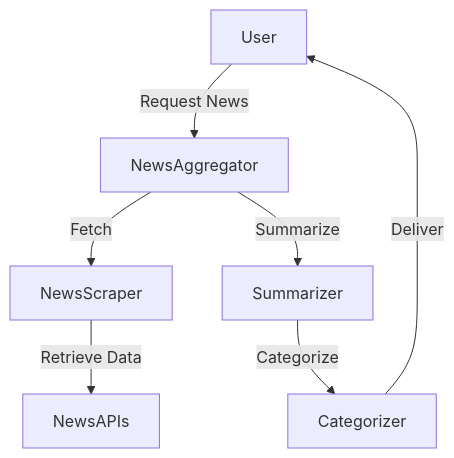
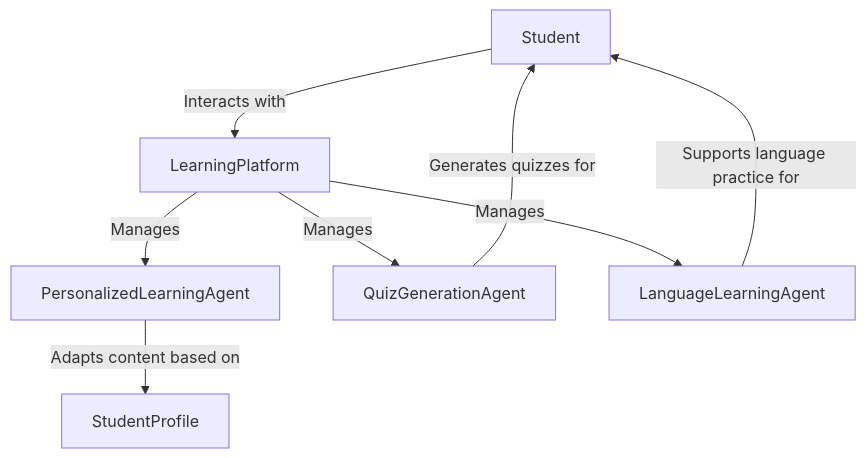
The second of 3 diagrams in Chapter 7 Practical Tutorials.md (FrugalX/ai_agents_ebook_draft), drawn with Mermaid before and after one commit. The commit also changed other lines of this file and 1 other file, not shown here.

````diff
--- a/Chapter 7 Practical Tutorials.md
+++ b/Chapter 7 Practical Tutorials.md
@@ -454,9 +389,10 @@
 ```mermaid
 graph TD
-    User -->|Request News| NewsAggregator
-    NewsAggregator -->|Fetch| NewsScraper
-    NewsScraper -->|Retrieve Data| NewsAPIs
-    NewsAggregator -->|Summarize| Summarizer
-    Summarizer -->|Categorize| Categorizer
-    Categorizer -->|Deliver| User
+    Student -->|Interacts with| LearningPlatform
+    LearningPlatform -->|Manages| PersonalizedLearningAgent
+    LearningPlatform -->|Manages| QuizGenerationAgent
+    LearningPlatform -->|Manages| LanguageLearningAgent
+    PersonalizedLearningAgent -->|Adapts content based on| StudentProfile
+    QuizGenerationAgent -->|Generates quizzes for| Student
+    LanguageLearningAgent -->|Supports language practice for| Student
 ```
````
